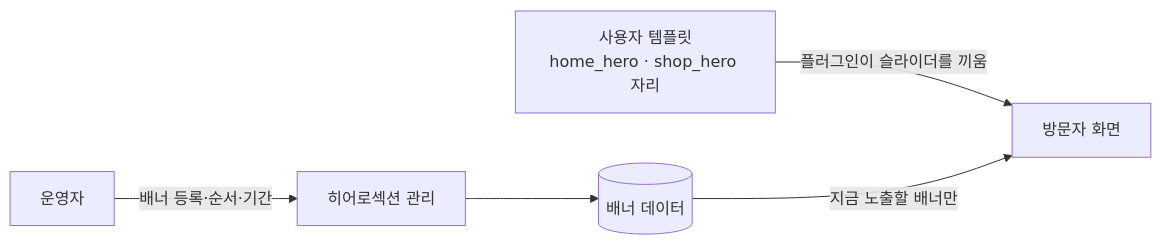
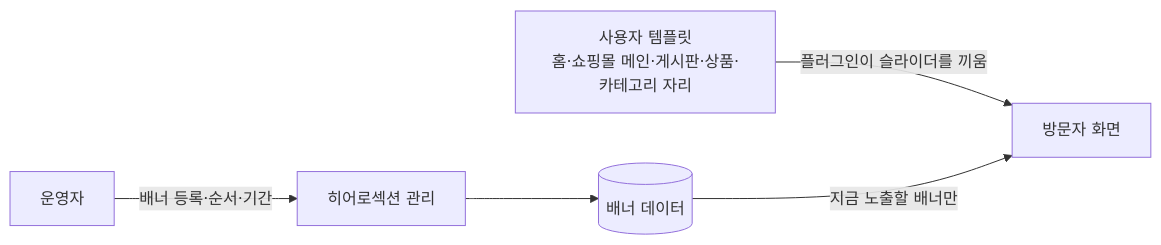
The diagram in plugins/_bundled/sirsoft-hero_section/README.md (gnuboard/g7), drawn with Mermaid before and after one commit. The commit also changed other lines of this file and 132 other files, not shown here.

First line of the commit message:
feat(hero_section,sirsoft-basic,lang-packs): 다른 확장이 필터로 배너 위치를 더하고, 게시판·상품·카테고리마다 따로 배너를 둔다

````diff
--- a/plugins/_bundled/sirsoft-hero_section/README.md
+++ b/plugins/_bundled/sirsoft-hero_section/README.md
@@ -52,7 +53,7 @@
 ```mermaid
 flowchart LR
   A[운영자] -->|배너 등록·순서·기간| B[히어로섹션 관리]
   B --> C[(배너 데이터)]
-  D[사용자 템플릿<br/>home_hero · shop_hero 자리] -->|플러그인이 슬라이더를 끼움| E[방문자 화면]
+  D[사용자 템플릿<br/>홈·쇼핑몰 메인·게시판·상품·카테고리 자리] -->|플러그인이 슬라이더를 끼움| E[방문자 화면]
   C -->|지금 노출할 배너만| E
 ```
````
